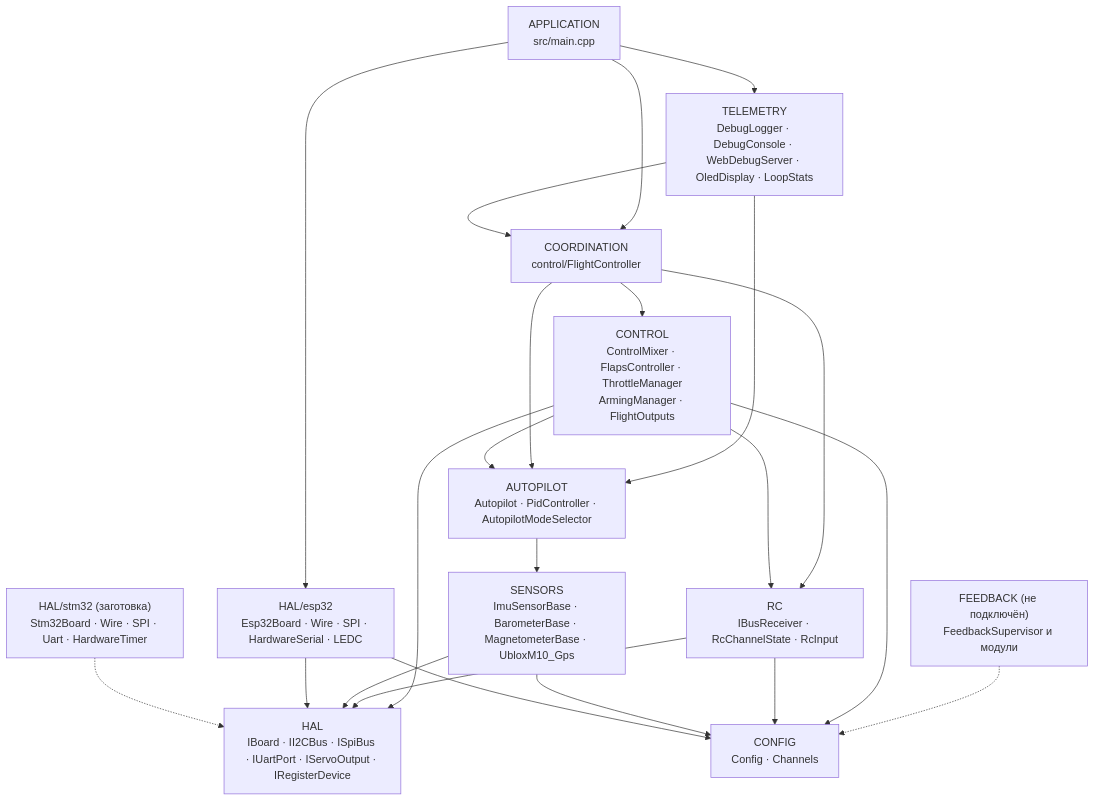
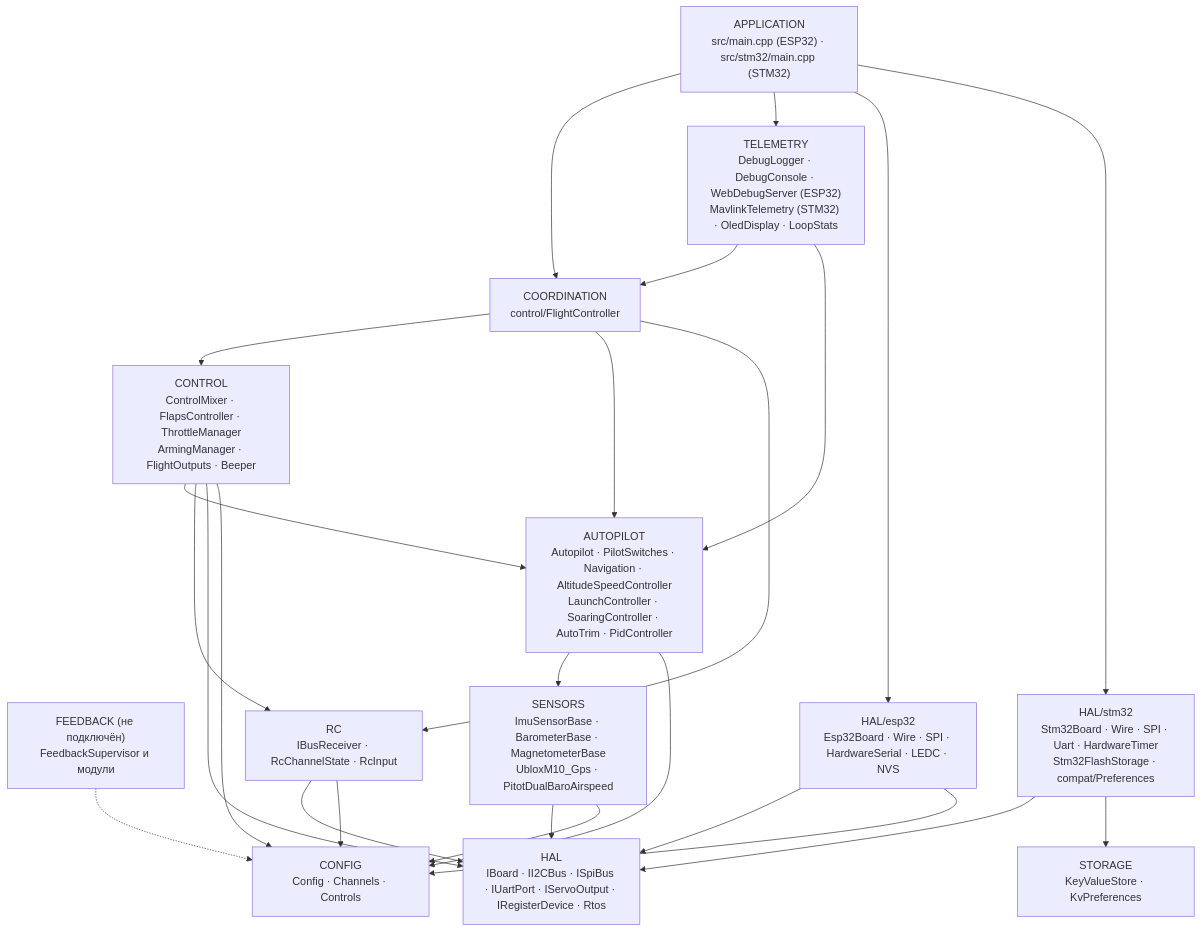
One commit to damir-lebedev/OpenPlaneProject changed the first of 10 diagrams in docs/ARCHITECTURE.md. Above: the diagram before and after it, drawn with Mermaid. The commit also changed other lines of this file and 60 other files, not shown here.

````diff
--- a/docs/ARCHITECTURE.md
+++ b/docs/ARCHITECTURE.md
@@ -59,37 +60,41 @@
 ```mermaid
 flowchart TD
-    APP["APPLICATION<br/>src/main.cpp"]
+    APP["APPLICATION<br/>src/main.cpp (ESP32) · src/stm32/main.cpp (STM32)"]
     COORD["COORDINATION<br/>control/FlightController"]
-    TELE["TELEMETRY<br/>DebugLogger · DebugConsole · WebDebugServer · OledDisplay · LoopStats"]
-    CTRL["CONTROL<br/>ControlMixer · FlapsController · ThrottleManager<br/>ArmingManager · FlightOutputs"]
-    AP["AUTOPILOT<br/>Autopilot · PidController · AutopilotModeSelector"]
+    TELE["TELEMETRY<br/>DebugLogger · DebugConsole · WebDebugServer (ESP32)<br/>MavlinkTelemetry (STM32) · OledDisplay · LoopStats"]
+    CTRL["CONTROL<br/>ControlMixer · FlapsController · ThrottleManager<br/>ArmingManager · FlightOutputs · Beeper"]
+    AP["AUTOPILOT<br/>Autopilot · PilotSwitches · Navigation · AltitudeSpeedController<br/>LaunchController · SoaringController · AutoTrim · PidController"]
     FB["FEEDBACK (не подключён)<br/>FeedbackSupervisor и модули"]
     RC["RC<br/>IBusReceiver · RcChannelState · RcInput"]
-    SENS["SENSORS<br/>ImuSensorBase · BarometerBase · MagnetometerBase · UbloxM10_Gps"]
-    HAL["HAL<br/>IBoard · II2CBus · ISpiBus · IUartPort · IServoOutput · IRegisterDevice"]
-    ESP["HAL/esp32<br/>Esp32Board · Wire · SPI · HardwareSerial · LEDC"]
-    STM["HAL/stm32 (заготовка)<br/>Stm32Board · Wire · SPI · Uart · HardwareTimer"]
-    CFG["CONFIG<br/>Config · Channels"]
+    SENS["SENSORS<br/>ImuSensorBase · BarometerBase · MagnetometerBase<br/>UbloxM10_Gps · PitotDualBaroAirspeed"]
+    HAL["HAL<br/>IBoard · II2CBus · ISpiBus · IUartPort · IServoOutput · IRegisterDevice · Rtos"]
+    STORE["STORAGE<br/>KeyValueStore · KvPreferences"]
+    ESP["HAL/esp32<br/>Esp32Board · Wire · SPI · HardwareSerial · LEDC · NVS"]
+    STM["HAL/stm32<br/>Stm32Board · Wire · SPI · Uart · HardwareTimer<br/>Stm32FlashStorage · compat/Preferences"]
+    CFG["CONFIG<br/>Config · Channels · Controls"]
 
     APP --> COORD
     APP --> TELE
     APP --> ESP
+    APP --> STM
     TELE --> COORD
     TELE --> AP
     COORD --> CTRL
     COORD --> AP
     COORD --> RC
     CTRL --> AP
     CTRL --> RC
     CTRL --> HAL
     AP --> SENS
     RC --> HAL
     SENS --> HAL
     ESP --> HAL
-    STM -.-> HAL
+    STM --> HAL
+    STM --> STORE
     FB -.-> CFG
+    AP --> CFG
     CTRL --> CFG
     RC --> CFG
     SENS --> CFG
     ESP --> CFG
 ```
````
